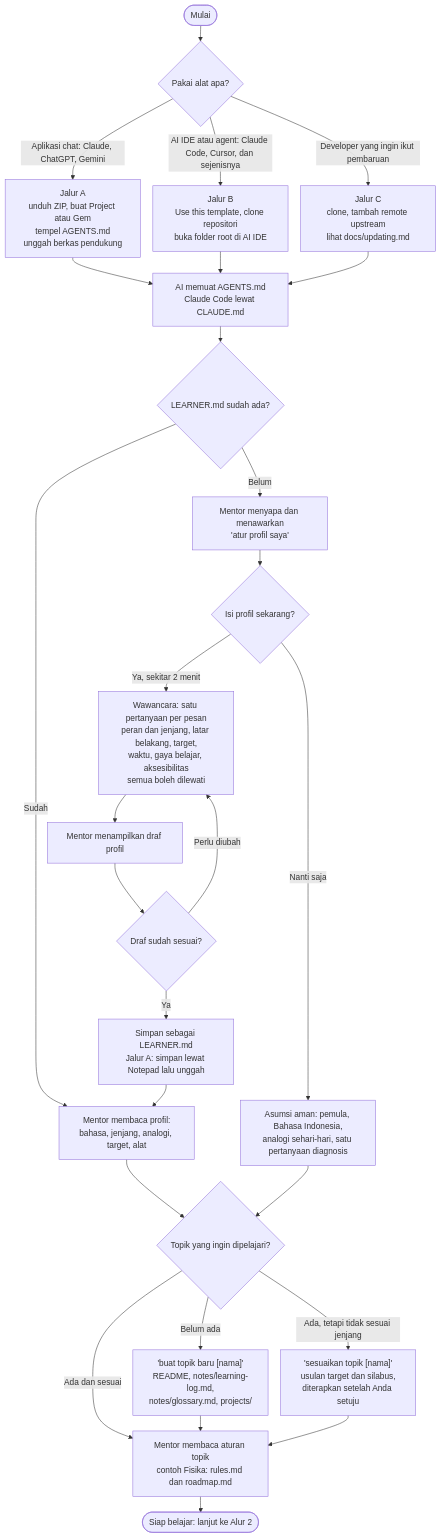
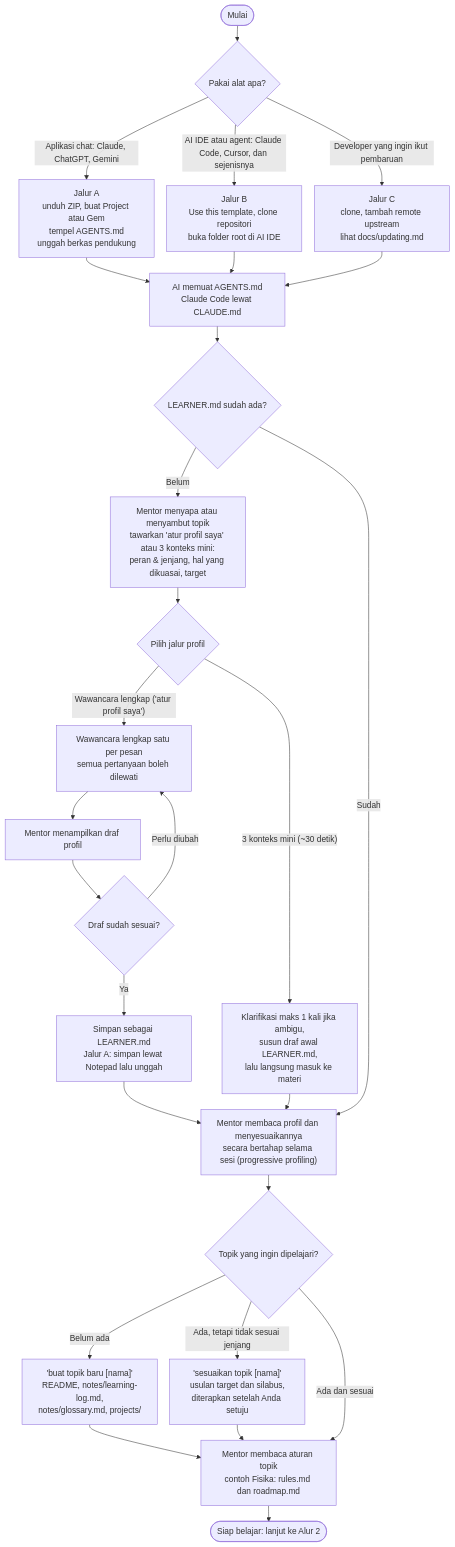
The first of 7 diagrams in docs/cara-kerja.md (Raguna633/l2se), drawn with Mermaid before and after one commit. The commit also changed 10 other files, not shown here.

First line of the commit message:
feat(onboarding): terapkan profil mini wajib, penanganan input ambigu, dan tone tegas

````diff
--- a/docs/cara-kerja.md
+++ b/docs/cara-kerja.md
@@ -26,34 +26,34 @@
 ```mermaid
 %%{init: {"flowchart": {"nodeSpacing": 24, "rankSpacing": 30}}}%%
 flowchart TD
     A([Mulai]) --> B{"Pakai alat apa?"}
     B -->|"Aplikasi chat: Claude, ChatGPT, Gemini"| C["Jalur A<br/>unduh ZIP, buat Project atau Gem<br/>tempel AGENTS.md<br/>unggah berkas pendukung"]
     B -->|"AI IDE atau agent: Claude Code, Cursor, dan sejenisnya"| D["Jalur B<br/>Use this template, clone repositori<br/>buka folder root di AI IDE"]
     B -->|"Developer yang ingin ikut pembaruan"| E["Jalur C<br/>clone, tambah remote upstream<br/>lihat docs/updating.md"]
     C --> F
     D --> F
     E --> F
     F["AI memuat AGENTS.md<br/>Claude Code lewat CLAUDE.md"] --> G{"LEARNER.md sudah ada?"}
 
-    G -->|"Belum"| H["Mentor menyapa dan menawarkan<br/>'atur profil saya'"]
-    H --> I{"Isi profil sekarang?"}
-    I -->|"Ya, sekitar 2 menit"| J["Wawancara: satu pertanyaan per pesan<br/>peran dan jenjang, latar belakang, target,<br/>waktu, gaya belajar, aksesibilitas<br/>semua boleh dilewati"]
+    G -->|"Belum"| H["Mentor menyapa atau menyambut topik<br/>tawarkan 'atur profil saya' atau 3 konteks mini:<br/>peran & jenjang, hal yang dikuasai, target"]
+    H --> I{"Pilih jalur profil"}
+    I -->|"Wawancara lengkap ('atur profil saya')"| J["Wawancara lengkap satu per pesan<br/>semua pertanyaan boleh dilewati"]
+    I -->|"3 konteks mini (~30 detik)"| M0["Klarifikasi maks 1 kali jika ambigu,<br/>susun draf awal LEARNER.md,<br/>lalu langsung masuk ke materi"]
     J --> K["Mentor menampilkan draf profil"]
     K --> L{"Draf sudah sesuai?"}
     L -->|"Perlu diubah"| J
     L -->|"Ya"| M["Simpan sebagai LEARNER.md<br/>Jalur A: simpan lewat Notepad lalu unggah"]
-    I -->|"Nanti saja"| N["Asumsi aman: pemula, Bahasa Indonesia,<br/>analogi sehari-hari, satu pertanyaan diagnosis"]
+    M0 --> O["Mentor membaca profil dan menyesuaikannya<br/>secara bertahap selama sesi (progressive profiling)"]
 
-    G -->|"Sudah"| O["Mentor membaca profil:<br/>bahasa, jenjang, analogi, target, alat"]
+    G -->|"Sudah"| O
     M --> O
     O --> P
-    N --> P
 
     P{"Topik yang ingin dipelajari?"}
     P -->|"Belum ada"| Q["'buat topik baru [nama]'<br/>README, notes/learning-log.md,<br/>notes/glossary.md, projects/"]
     P -->|"Ada, tetapi tidak sesuai jenjang"| R["'sesuaikan topik [nama]'<br/>usulan target dan silabus,<br/>diterapkan setelah Anda setuju"]
     P -->|"Ada dan sesuai"| S
     Q --> S
     R --> S
     S["Mentor membaca aturan topik<br/>contoh Fisika: rules.md dan roadmap.md"] --> T([Siap belajar: lanjut ke Alur 2])
 ```
````
